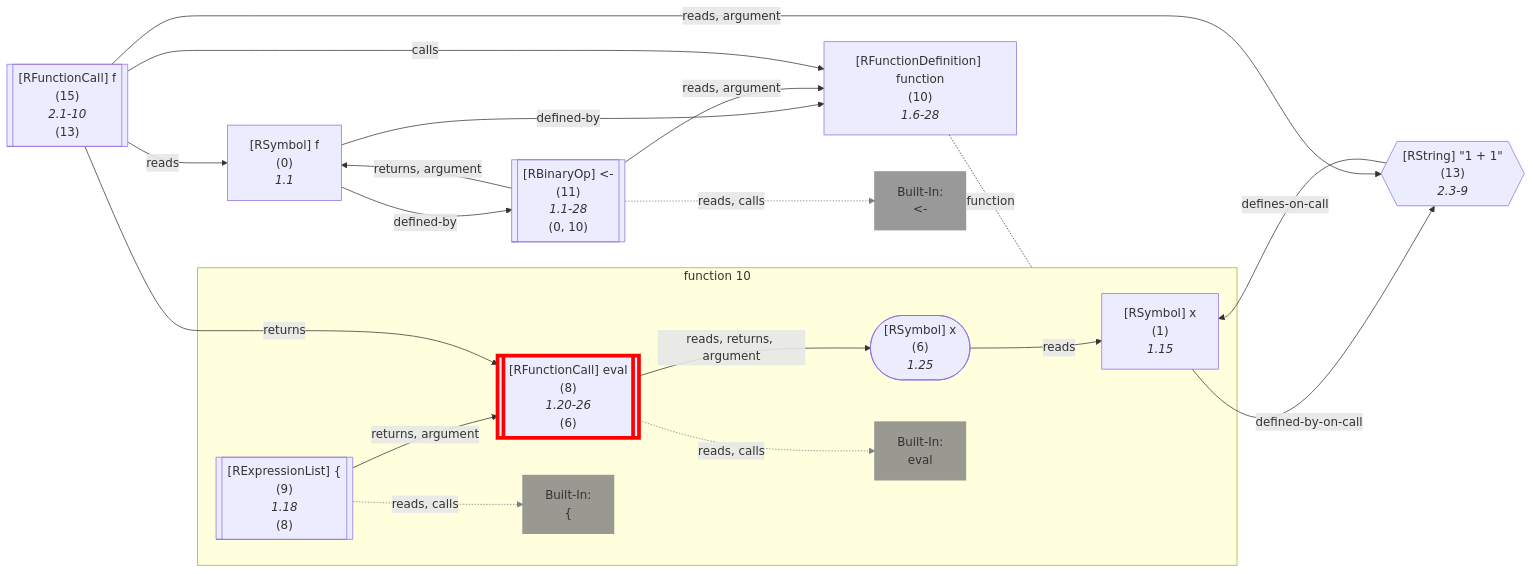
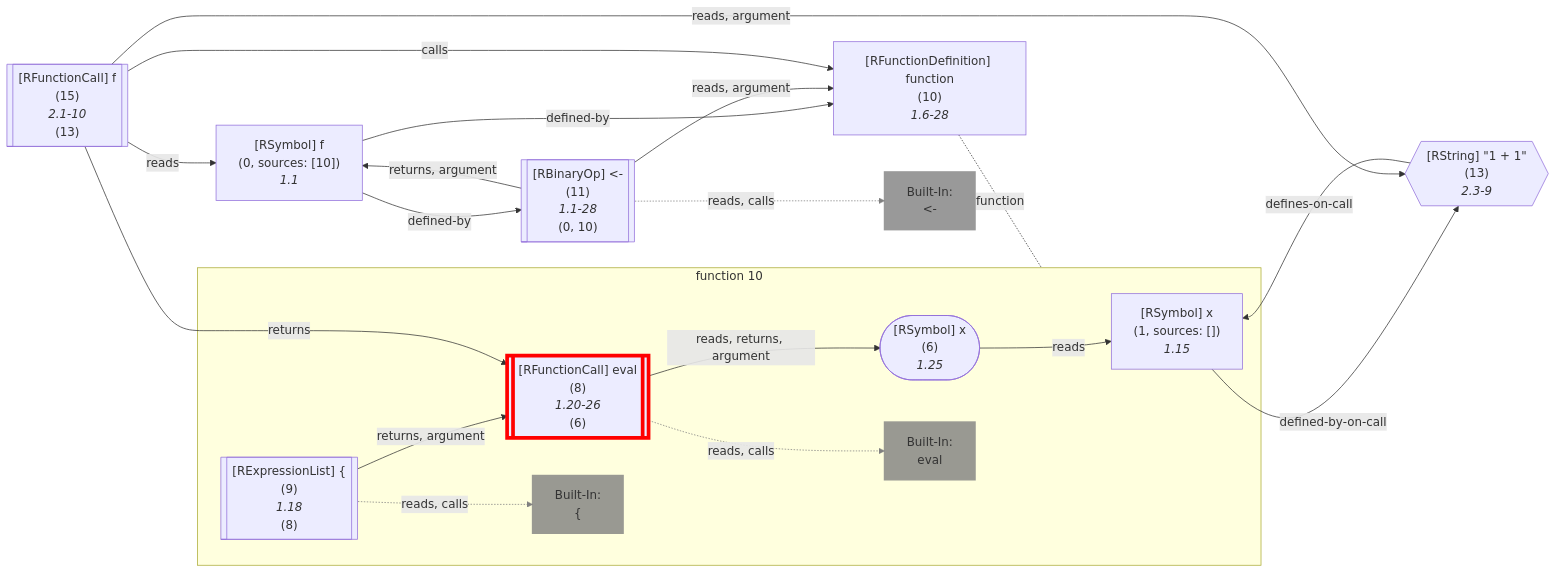
Before and after one commit to flowr-analysis/flowr: the ninth of 21 diagrams in wiki/Query API.md, drawn with Mermaid. The commit also changed other lines of this file and 90 other files, not shown here.

````diff
--- a/wiki/Query API.md
+++ b/wiki/Query API.md
@@ -3897,73 +3920,73 @@
 ```mermaid
 flowchart LR
     10["`#91;RFunctionDefinition#93; function
       (10)
       *1.6-28*`"]
 
 subgraph "flow-10" [function 10]
     1["`#91;RSymbol#93; x
-      (1)
+      (1, sources: [])
       *1.15*`"]
     6(["`#91;RSymbol#93; x
       (6)
       *1.25*`"])
     8[["`#91;RFunctionCall#93; eval
       (8)
       *1.20-26*
     (6)`"]]
     style 8 stroke:red,stroke-width:5px; 
     built-in:eval["`Built-In:
 eval`"]
     style built-in:eval stroke:gray,fill:gray,stroke-width:2px,opacity:.8;
     9[["`#91;RExpressionList#93; #123;
       (9)
       *1.18*
     (8)`"]]
     built-in:_["`Built-In:
 #123;`"]
     style built-in:_ stroke:gray,fill:gray,stroke-width:2px,opacity:.8;
 end
    %% No edges found for 10
     0["`#91;RSymbol#93; f
-      (0)
+      (0, sources: [10])
       *1.1*`"]
     11[["`#91;RBinaryOp#93; #60;#45;
       (11)
       *1.1-28*
     (0, 10)`"]]
     built-in:_-["`Built-In:
 #60;#45;`"]
     style built-in:_- stroke:gray,fill:gray,stroke-width:2px,opacity:.8;
     13{{"`#91;RString#93; #34;1 #43; 1#34;
       (13)
       *2.3-9*`"}}
     %% Environment of 15 [level: 0]:
     %% Built-in
-    %% 809----------------------------------------
+    %% 1336----------------------------------------
     %%   f: {**f** (id: 0, type: Function, def. @11)}
     15[["`#91;RFunctionCall#93; f
       (15)
       *2.1-10*
     (13)`"]]
     1 -->|"defined-by-on-call"| 13
     6 -->|"reads"| 1
     8 -->|"reads, returns, argument"| 6
     8 -.->|"reads, calls"| built-in:eval
     linkStyle 3 stroke:gray;
     9 -->|"returns, argument"| 8
     9 -.->|"reads, calls"| built-in:_
     linkStyle 5 stroke:gray;
 10 -.-|function| flow-10
 
     0 -->|"defined-by"| 10
     0 -->|"defined-by"| 11
     11 -->|"reads, argument"| 10
     11 -->|"returns, argument"| 0
     11 -.->|"reads, calls"| built-in:_-
     linkStyle 11 stroke:gray;
     13 -->|"defines-on-call"| 1
     15 -->|"reads, argument"| 13
     15 -->|"reads"| 0
     15 -->|"returns"| 8
     15 -->|"calls"| 10
 ```
````
